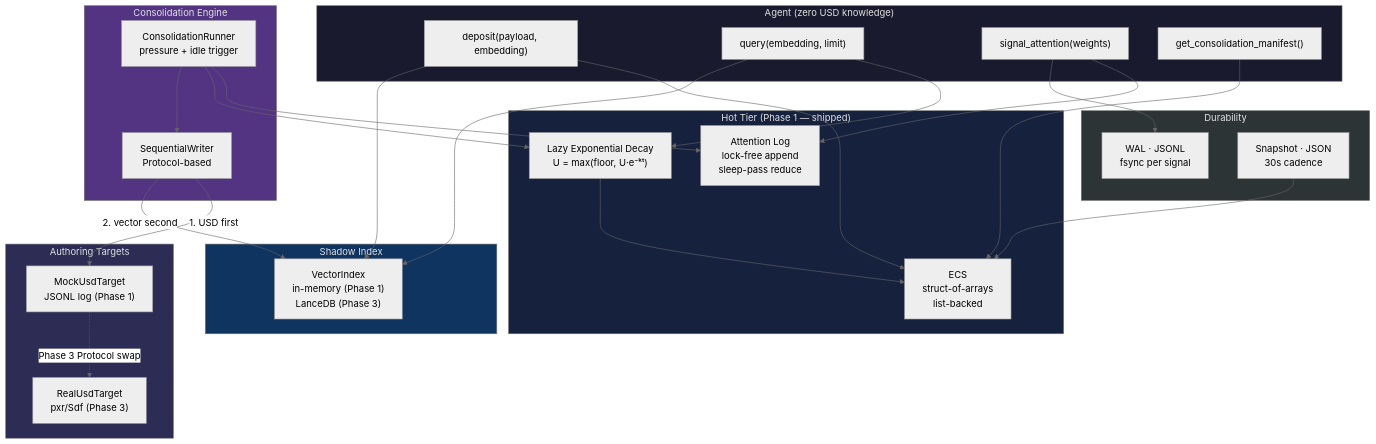
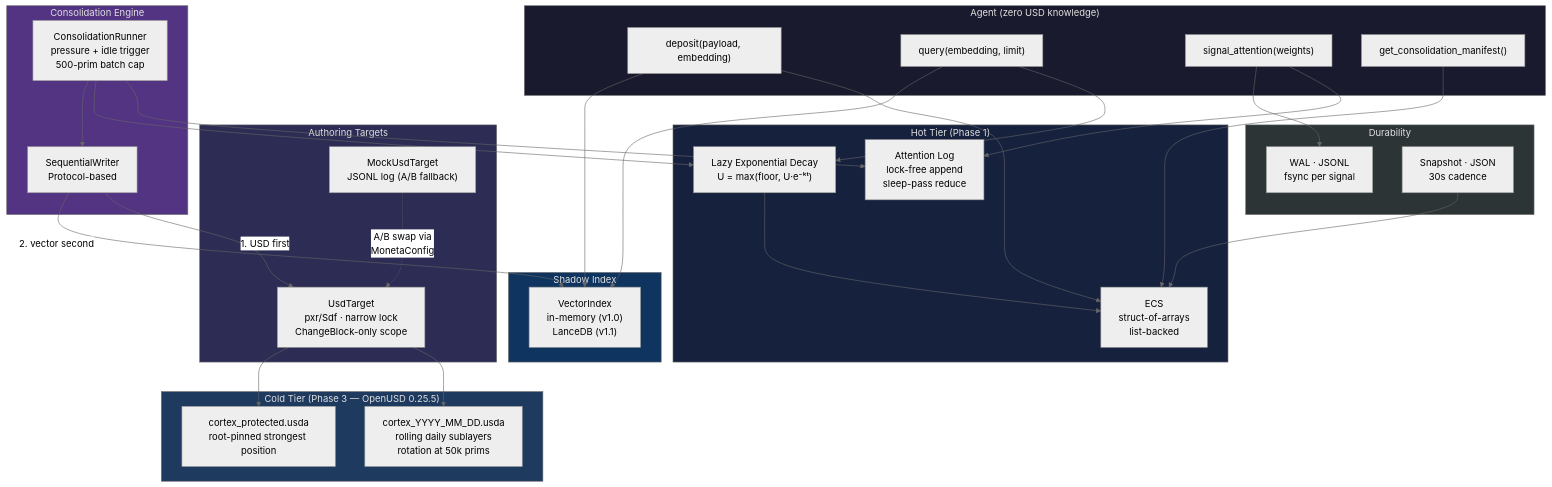
One commit to JosephOIbrahim/Moneta changed the first of 5 diagrams in README.md. Above: the diagram before and after it, drawn with Mermaid (neutral theme). The commit also changed other lines of this file, not shown here.

First line of the commit message:
README: update Mermaid diagrams and content for v1.0.0

````diff
--- a/README.md
+++ b/README.md
@@ -27,59 +27,67 @@
 ```mermaid
 graph TB
     subgraph agent["Agent (zero USD knowledge)"]
         deposit["deposit(payload, embedding)"]
         query["query(embedding, limit)"]
         signal["signal_attention(weights)"]
         manifest["get_consolidation_manifest()"]
     end
 
-    subgraph hot["Hot Tier (Phase 1 — shipped)"]
+    subgraph hot["Hot Tier (Phase 1)"]
         ECS["ECS<br/>struct-of-arrays<br/>list-backed"]
         Decay["Lazy Exponential Decay<br/>U = max(floor, U·e⁻ᵏᵗ)"]
         AttLog["Attention Log<br/>lock-free append<br/>sleep-pass reduce"]
     end
 
     subgraph shadow["Shadow Index"]
-        VecIdx["VectorIndex<br/>in-memory (Phase 1)<br/>LanceDB (Phase 3)"]
+        VecIdx["VectorIndex<br/>in-memory (v1.0)<br/>LanceDB (v1.1)"]
     end
 
     subgraph consolidation["Consolidation Engine"]
-        Runner["ConsolidationRunner<br/>pressure + idle trigger"]
+        Runner["ConsolidationRunner<br/>pressure + idle trigger<br/>500-prim batch cap"]
         SeqWriter["SequentialWriter<br/>Protocol-based"]
     end
 
     subgraph targets["Authoring Targets"]
-        Mock["MockUsdTarget<br/>JSONL log (Phase 1)"]
-        Real["RealUsdTarget<br/>pxr/Sdf (Phase 3)"]
+        Real["UsdTarget<br/>pxr/Sdf · narrow lock<br/>ChangeBlock-only scope"]
+        Mock["MockUsdTarget<br/>JSONL log (A/B fallback)"]
+    end
+
+    subgraph cold["Cold Tier (Phase 3 — OpenUSD 0.25.5)"]
+        Rolling["cortex_YYYY_MM_DD.usda<br/>rolling daily sublayers<br/>rotation at 50k prims"]
+        Protected["cortex_protected.usda<br/>root-pinned strongest position"]
     end
 
     subgraph durability["Durability"]
         WAL["WAL · JSONL<br/>fsync per signal"]
         Snap["Snapshot · JSON<br/>30s cadence"]
     end
 
     deposit --> ECS
     deposit --> VecIdx
     query --> Decay
     Decay --> ECS
     query --> VecIdx
     signal --> AttLog
     signal --> WAL
     manifest --> ECS
 
     Runner --> AttLog
     Runner --> Decay
     Runner --> SeqWriter
-    SeqWriter -->|"1. USD first"| Mock
+    SeqWriter -->|"1. USD first"| Real
     SeqWriter -->|"2. vector second"| VecIdx
-    Mock -.->|"Phase 3 Protocol swap"| Real
+    Real --> Rolling
+    Real --> Protected
+    Mock -.->|"A/B swap via<br/>MonetaConfig"| Real
 
     Snap --> ECS
 
     style agent fill:#1a1a2e,color:#e0e0e0
     style hot fill:#16213e,color:#e0e0e0
     style shadow fill:#0f3460,color:#e0e0e0
     style consolidation fill:#533483,color:#e0e0e0
     style targets fill:#2c2c54,color:#e0e0e0
+    style cold fill:#1e3a5f,color:#e0e0e0
     style durability fill:#2d3436,color:#e0e0e0
 ```
````
